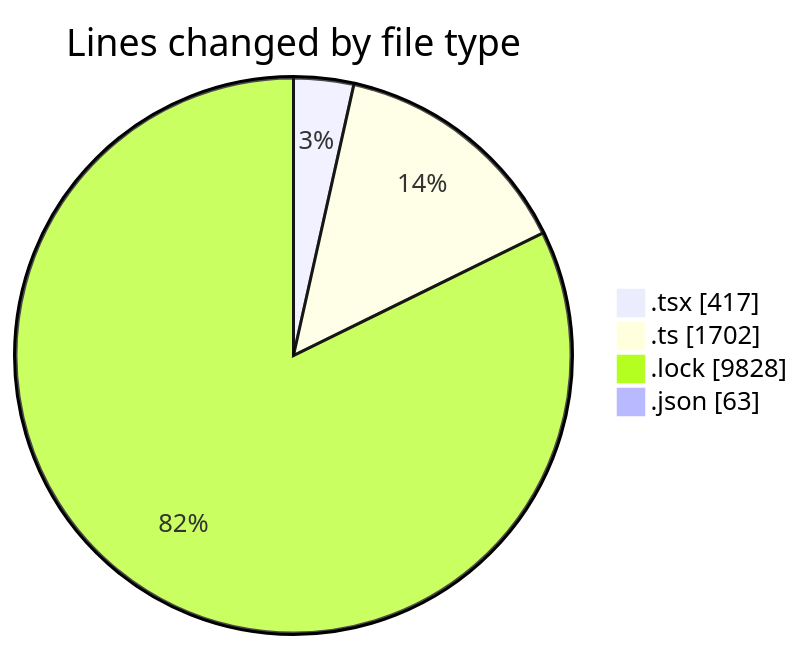
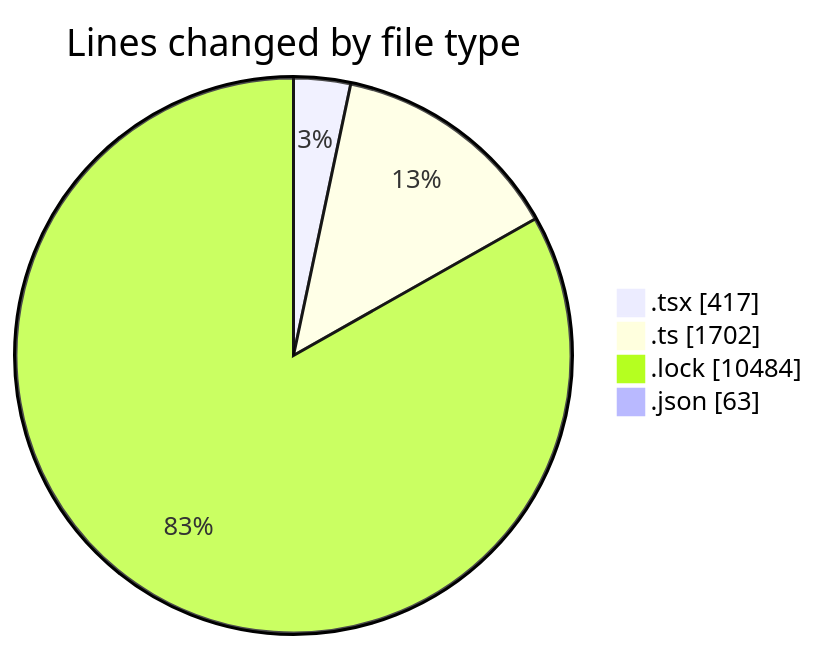
One commit to momahboobian/code-tracking changed the first of 2 diagrams in 2025-12-03/cda/README.md. Above: the diagram before and after it, drawn with Mermaid. The commit also changed other lines of this file and 1 other file, not shown here.

````diff
--- a/2025-12-03/cda/README.md
+++ b/2025-12-03/cda/README.md
@@ -23,8 +23,8 @@
 ```mermaid
 pie showData
 title Lines changed by file type
 ".tsx" : 417
 ".ts" : 1702
-".lock" : 9828
+".lock" : 10484
 ".json" : 63
 ```
````
